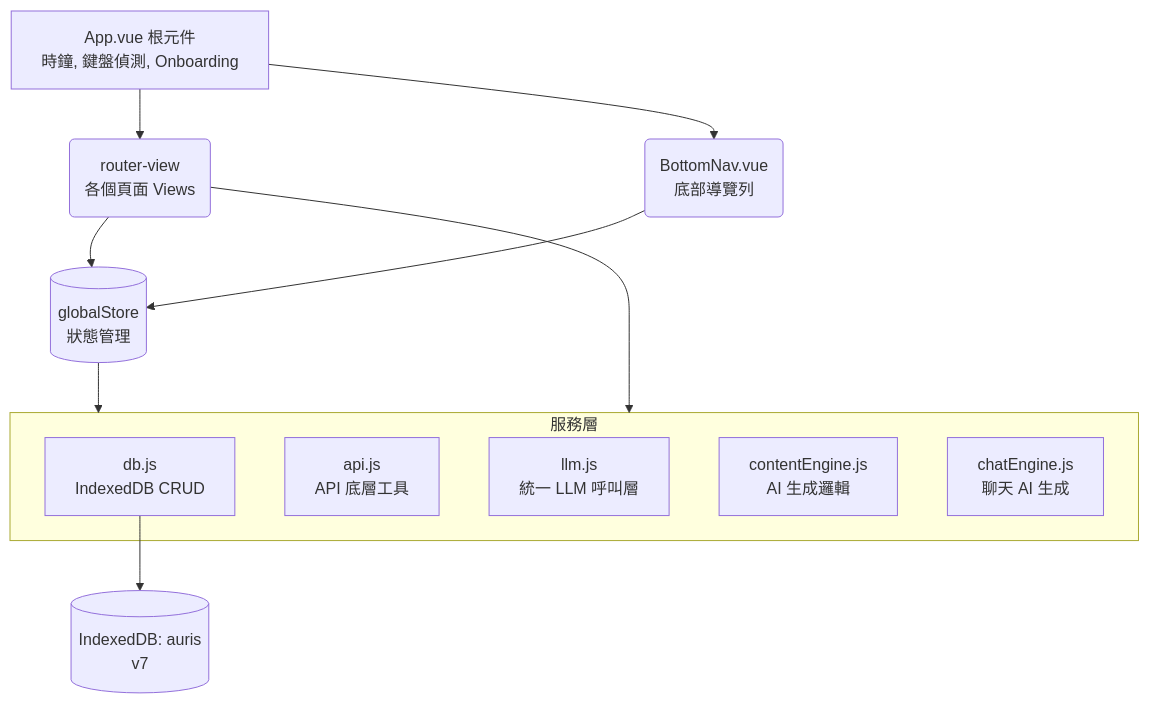
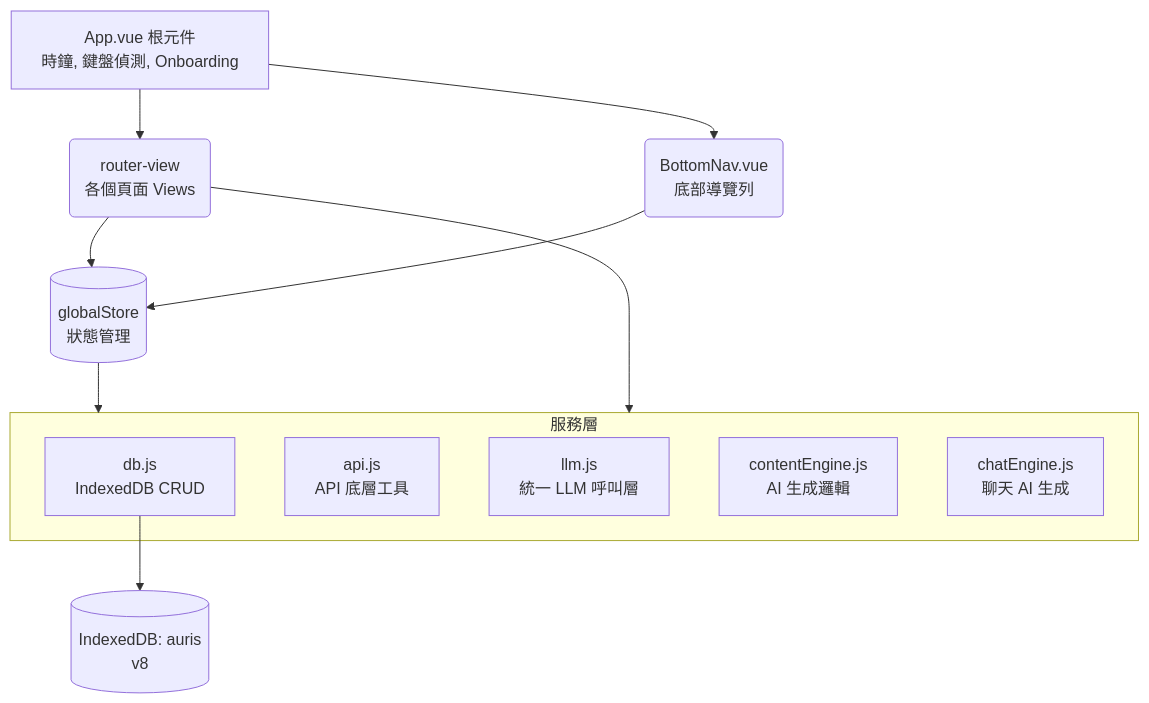
Before and after one commit to Sabine630/auris-app: the diagram in auris-vue/ARCHITECTURE.md, drawn with Mermaid. The commit also changed other lines of this file and 3 other files, not shown here.

````diff
--- a/auris-vue/ARCHITECTURE.md
+++ b/auris-vue/ARCHITECTURE.md
@@ -27,19 +27,19 @@
 ```mermaid
 graph TD
     App[App.vue 根元件<br/>時鐘, 鍵盤偵測, Onboarding] --> RouterView(router-view<br/>各個頁面 Views)
     App --> BottomNav(BottomNav.vue<br/>底部導覽列)
     RouterView --> GlobalStore[(globalStore<br/>狀態管理)]
     BottomNav --> GlobalStore
     GlobalStore --> Services[Services 服務層]
     RouterView --> Services
     
     subgraph Services [服務層]
         DB[db.js<br/>IndexedDB CRUD]
         API[api.js<br/>API 底層工具]
         LLM[llm.js<br/>統一 LLM 呼叫層]
         CE[contentEngine.js<br/>AI 生成邏輯]
         Chat[chatEngine.js<br/>聊天 AI 生成]
     end
     
-    DB --> IndexedDB[(IndexedDB: auris<br/>v7)]
+    DB --> IndexedDB[(IndexedDB: auris<br/>v8)]
 ```
````
